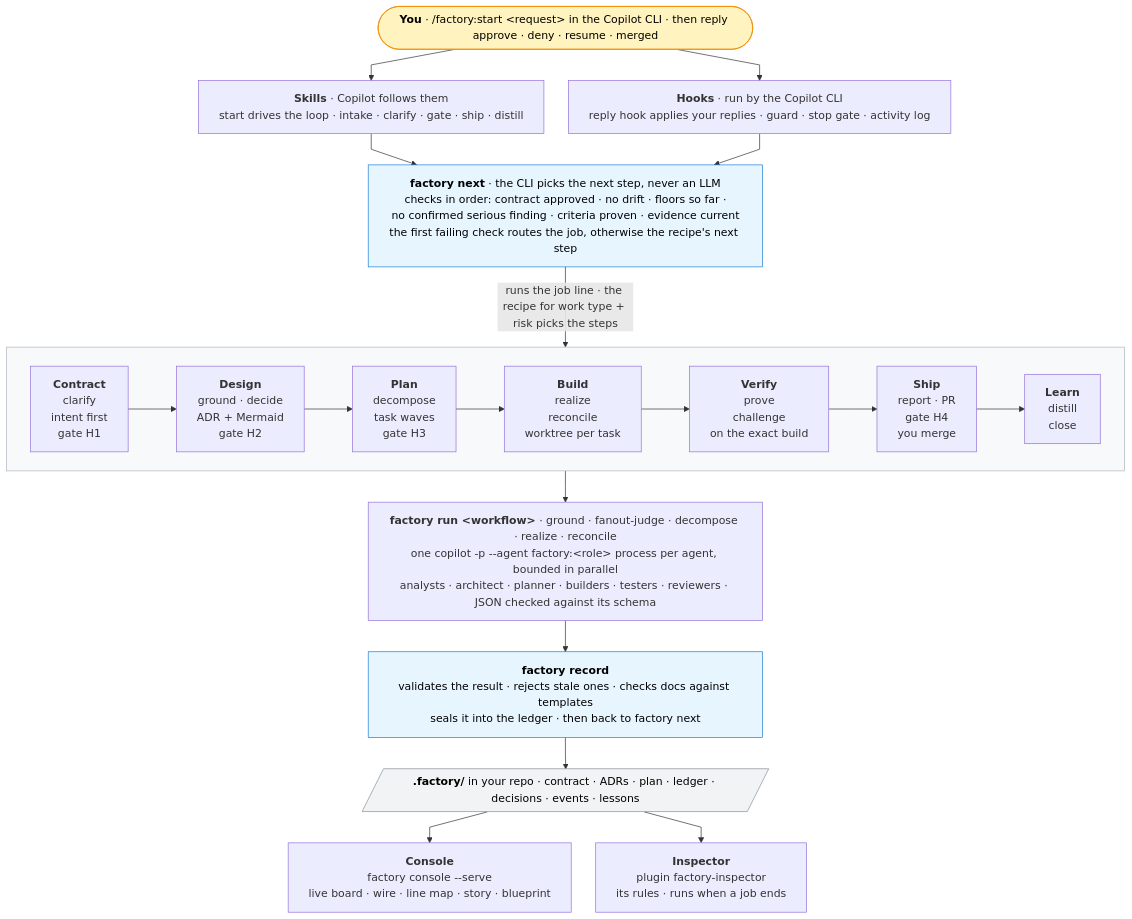
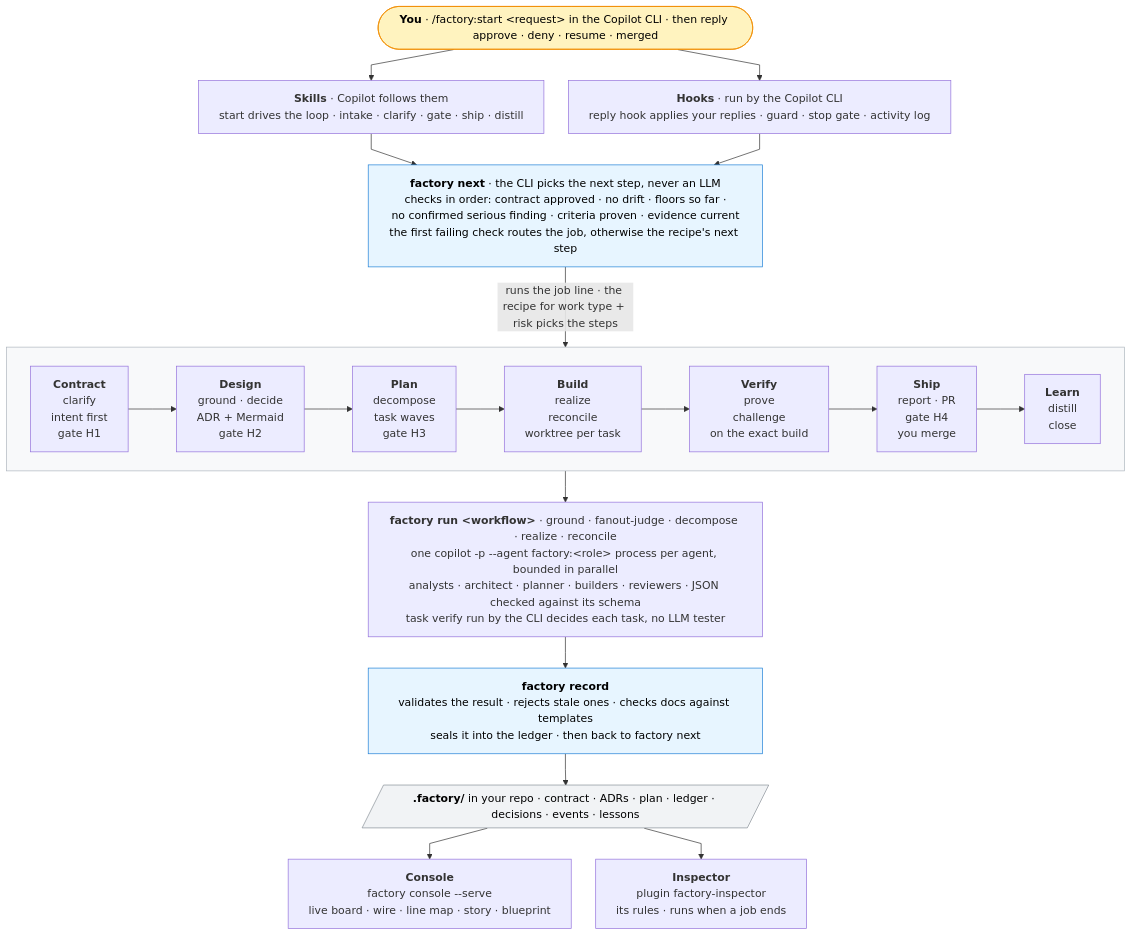
One commit to reshif/copilot-factory changed the diagram in README.md. Above: the diagram before and after it, drawn with Mermaid. The commit also changed other lines of this file and 20 other files, not shown here.

First line of the commit message:
realize: task verify decides, run by the CLI; no LLM tester (P2.5)

````diff
--- a/README.md
+++ b/README.md
@@ -18,54 +18,54 @@
 ```mermaid
 ---
 config:
   flowchart:
     curve: linear
     nodeSpacing: 36
     rankSpacing: 46
     wrappingWidth: 520
 ---
 flowchart TB
   you(["<b>You</b> · /factory:start &lt;request&gt; in the Copilot CLI · then reply approve · deny · resume · merged"]):::human
 
   skills["<b>Skills</b> · Copilot follows them<br/>start drives the loop · intake · clarify · gate · ship · distill"]
   hooks["<b>Hooks</b> · run by the Copilot CLI<br/>reply hook applies your replies · guard · stop gate · activity log"]
 
   router["<b>factory next</b> · the CLI picks the next step, never an LLM<br/>checks in order: contract approved · no drift · floors so far ·<br/>no confirmed serious finding · criteria proven · evidence current<br/>the first failing check routes the job, otherwise the recipe's next step"]:::cli
 
   subgraph line[" "]
     direction LR
     s1["<b>Contract</b><br/>clarify<br/>intent first<br/>gate H1"]
     s2["<b>Design</b><br/>ground · decide<br/>ADR + Mermaid<br/>gate H2"]
     s3["<b>Plan</b><br/>decompose<br/>task waves<br/>gate H3"]
     s4["<b>Build</b><br/>realize<br/>reconcile<br/>worktree per task"]
     s5["<b>Verify</b><br/>prove<br/>challenge<br/>on the exact build"]
     s6["<b>Ship</b><br/>report · PR<br/>gate H4<br/>you merge"]
     s7["<b>Learn</b><br/>distill<br/>close"]
     s1 --> s2 --> s3 --> s4 --> s5 --> s6 --> s7
   end
 
-  run["<b>factory run &lt;workflow&gt;</b> · ground · fanout-judge · decompose · realize · reconcile<br/>one copilot -p --agent factory:&lt;role&gt; process per agent, bounded in parallel<br/>analysts · architect · planner · builders · testers · reviewers · JSON checked against its schema"]
+  run["<b>factory run &lt;workflow&gt;</b> · ground · fanout-judge · decompose · realize · reconcile<br/>one copilot -p --agent factory:&lt;role&gt; process per agent, bounded in parallel<br/>analysts · architect · planner · builders · reviewers · JSON checked against its schema<br/>task verify run by the CLI decides each task, no LLM tester"]
 
   record["<b>factory record</b><br/>validates the result · rejects stale ones · checks docs against templates<br/>seals it into the ledger · then back to factory next"]:::cli
 
   store[/"<b>.factory/</b> in your repo · contract · ADRs · plan · ledger · decisions · events · lessons"/]:::art
 
   console["<b>Console</b><br/>factory console --serve<br/>live board · wire · line map · story · blueprint"]
   inspector["<b>Inspector</b><br/>plugin factory-inspector<br/>its rules · runs when a job ends"]
 
   you --> skills
   you --> hooks
   skills --> router
   hooks --> router
   router -->|"runs the job line · the recipe for work type + risk picks the steps"| line
   line --> run
   run --> record
   record --> store
   store --> console
   store --> inspector
 
   classDef human fill:#fff3bf,stroke:#f08c00,color:#000
   classDef cli fill:#e7f5ff,stroke:#1c7ed6,color:#000
   classDef art fill:#f1f3f5,stroke:#868e96,color:#000
   style line fill:#f8f9fa,stroke:#adb5bd
 ```
````
